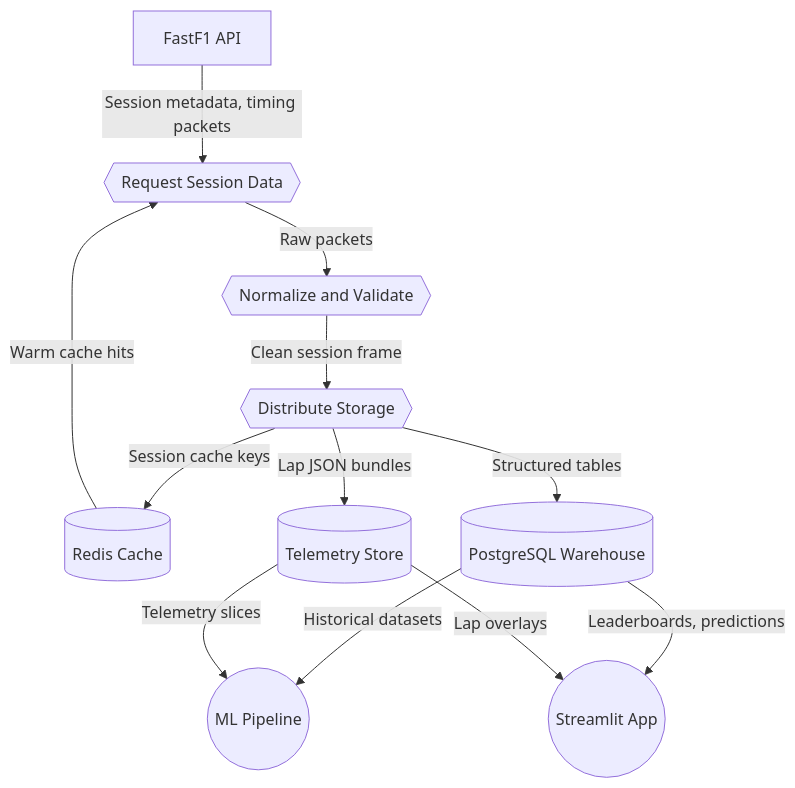
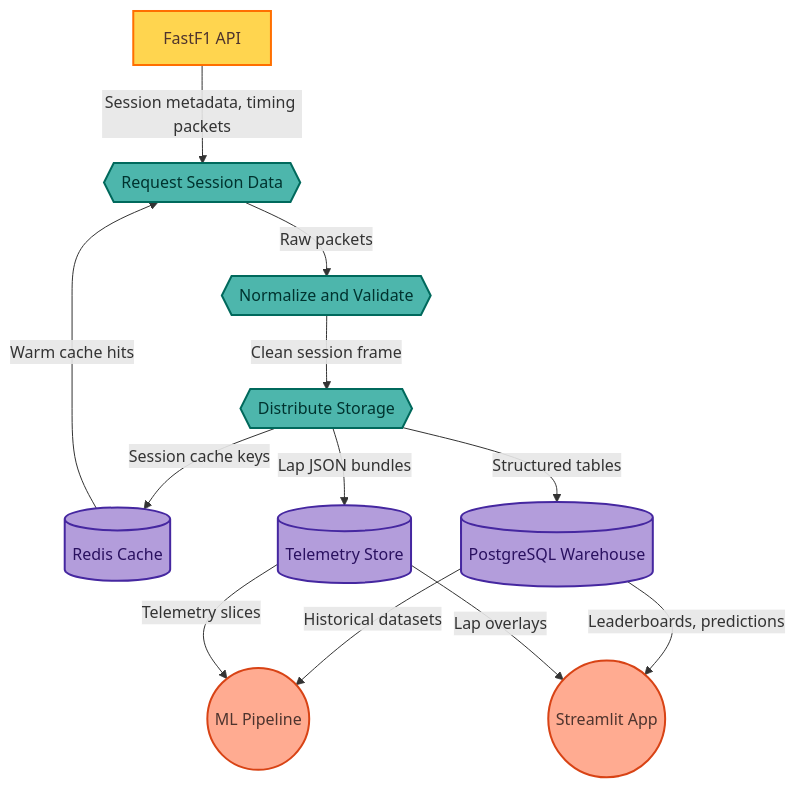
The second of 9 diagrams in docs/system_diagrams/data_flow_and_normalization.md (InatanayaXSk/F1_DB), drawn with Mermaid before and after one commit. The commit also changed other lines of this file and 24 other files, not shown here.

Commit message:
chore: updated codebase including the ER and dfd diagrams

````diff
--- a/docs/system_diagrams/data_flow_and_normalization.md
+++ b/docs/system_diagrams/data_flow_and_normalization.md
@@ -44,24 +53,33 @@
 ```mermaid
 flowchart TD
     A[FastF1 API]
     P1{{Request Session Data}}
     P2{{Normalize and Validate}}
     P3{{Distribute Storage}}
     D1[(Redis Cache)]
     D2[(PostgreSQL Warehouse)]
     D3[(Telemetry Store)]
     C1((ML Pipeline))
     C2((Streamlit App))
 
     A -->|Session metadata, timing packets| P1
     P1 -->|Raw packets| P2
     P2 -->|Clean session frame| P3
     P3 -->|Session cache keys| D1
     P3 -->|Structured tables| D2
     P3 -->|Lap JSON bundles| D3
     D1 -->|Warm cache hits| P1
     D2 -->|Historical datasets| C1
     D3 -->|Telemetry slices| C1
     D2 -->|Leaderboards, predictions| C2
     D3 -->|Lap overlays| C2
+
+    classDef source fill:#ffd54f,stroke:#ff6f00,stroke-width:2px,color:#4e342e;
+    classDef transform fill:#4db6ac,stroke:#00695c,stroke-width:2px,color:#00332f;
+    classDef store fill:#b39ddb,stroke:#4527a0,stroke-width:2px,color:#2a1160;
+    classDef consumer fill:#ffab91,stroke:#d84315,stroke-width:2px,color:#4e342e;
+    class A source;
+    class P1,P2,P3 transform;
+    class D1,D2,D3 store;
+    class C1,C2 consumer;
 ```
````
